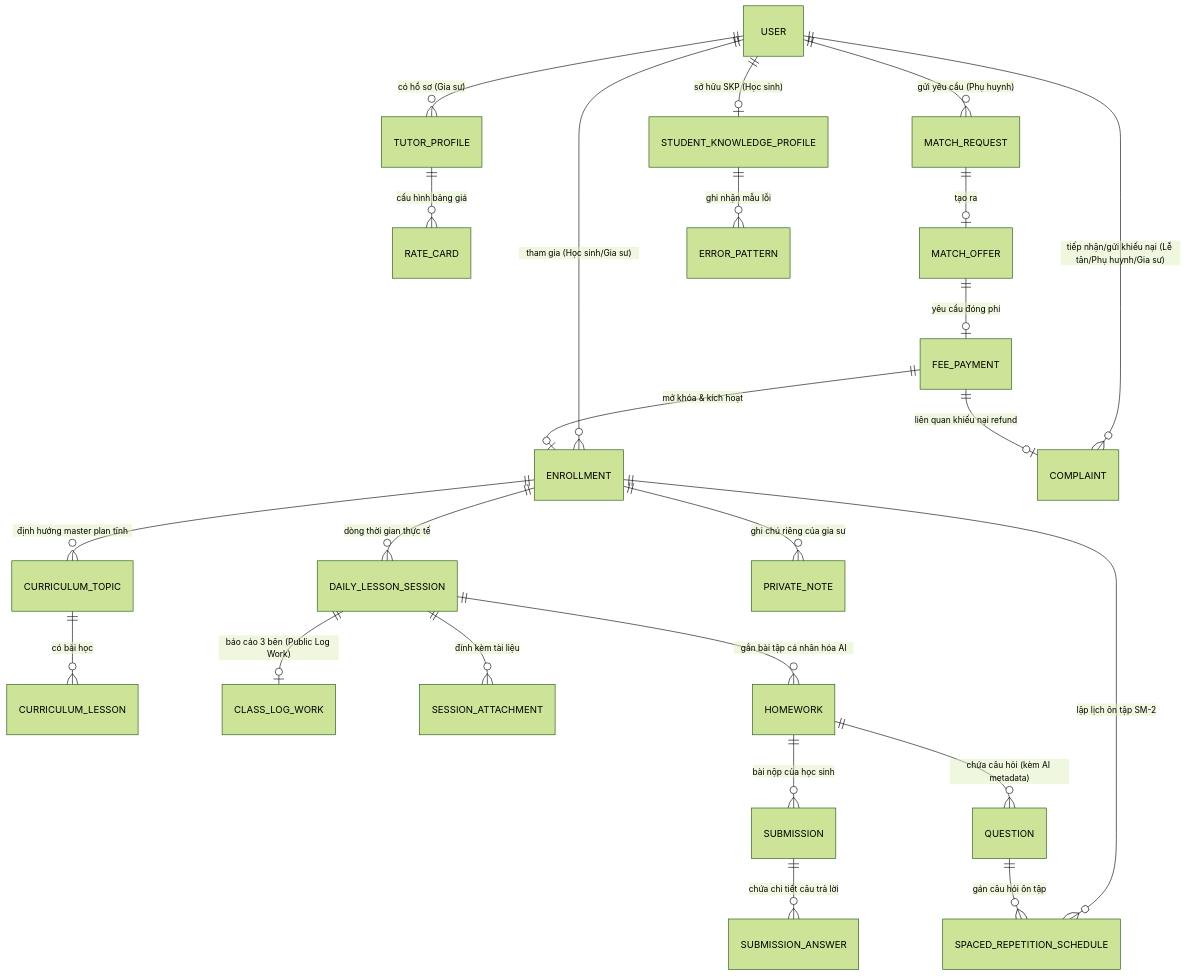
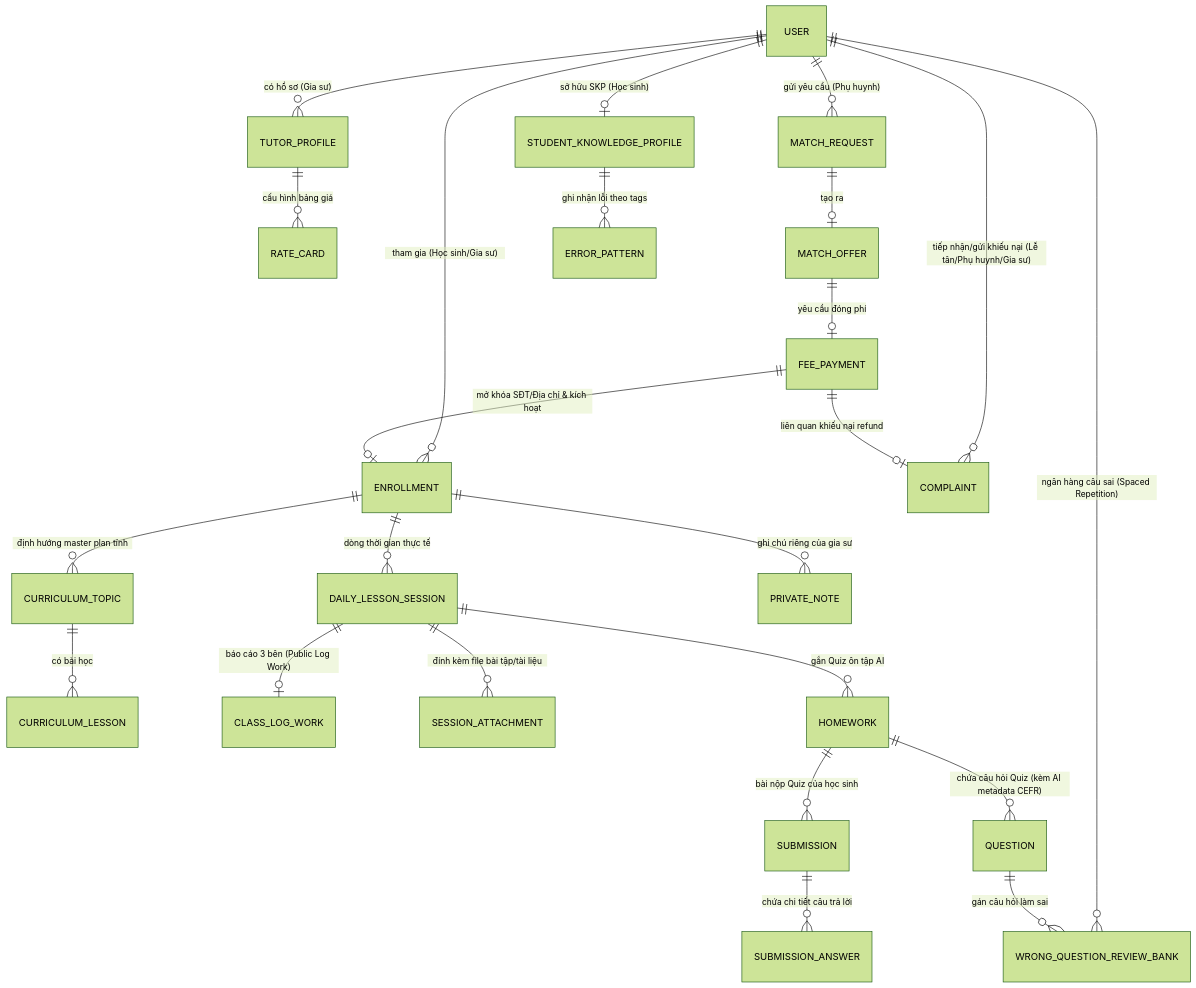
The third of 3 diagrams in _bmad-output/planning-artifacts/architecture/architecture-final_project-2026-09-07/ARCHITECTURE-SPINE.md (quangnguyenviet/English-tutor-platform-final-project-2026), drawn with Mermaid (forest theme) before and after one commit. The commit also changed other lines of this file and 12 other files, not shown here.

````diff
--- a/_bmad-output/planning-artifacts/architecture/architecture-final_project-2026-09-07/ARCHITECTURE-SPINE.md
+++ b/_bmad-output/planning-artifacts/architecture/architecture-final_project-2026-09-07/ARCHITECTURE-SPINE.md
@@ -260,31 +264,31 @@
 ```mermaid
 erDiagram
     USER ||--o{ MATCH_REQUEST : "gửi yêu cầu (Phụ huynh)"
     USER ||--o{ TUTOR_PROFILE : "có hồ sơ (Gia sư)"
     USER ||--o{ ENROLLMENT : "tham gia (Học sinh/Gia sư)"
     USER ||--o{ COMPLAINT : "tiếp nhận/gửi khiếu nại (Lễ tân/Phụ huynh/Gia sư)"
     
     TUTOR_PROFILE ||--o{ RATE_CARD : "cấu hình bảng giá"
     MATCH_REQUEST ||--o| MATCH_OFFER : "tạo ra"
     MATCH_OFFER ||--o| FEE_PAYMENT : "yêu cầu đóng phí"
-    FEE_PAYMENT ||--o| ENROLLMENT : "mở khóa & kích hoạt"
+    FEE_PAYMENT ||--o| ENROLLMENT : "mở khóa SĐT/Địa chỉ & kích hoạt"
     FEE_PAYMENT ||--o| COMPLAINT : "liên quan khiếu nại refund"
     
     ENROLLMENT ||--o{ CURRICULUM_TOPIC : "định hướng master plan tĩnh"
     CURRICULUM_TOPIC ||--o{ CURRICULUM_LESSON : "có bài học"
     
     ENROLLMENT ||--o{ DAILY_LESSON_SESSION : "dòng thời gian thực tế"
     DAILY_LESSON_SESSION ||--o| CLASS_LOG_WORK : "báo cáo 3 bên (Public Log Work)"
-    DAILY_LESSON_SESSION ||--o{ SESSION_ATTACHMENT : "đính kèm tài liệu"
-    DAILY_LESSON_SESSION ||--o{ HOMEWORK : "gắn bài tập cá nhân hóa AI"
+    DAILY_LESSON_SESSION ||--o{ SESSION_ATTACHMENT : "đính kèm file bài tập/tài liệu"
+    DAILY_LESSON_SESSION ||--o{ HOMEWORK : "gắn Quiz ôn tập AI"
     
-    HOMEWORK ||--o{ QUESTION : "chứa câu hỏi (kèm AI metadata)"
-    HOMEWORK ||--o{ SUBMISSION : "bài nộp của học sinh"
+    HOMEWORK ||--o{ QUESTION : "chứa câu hỏi Quiz (kèm AI metadata CEFR)"
+    HOMEWORK ||--o{ SUBMISSION : "bài nộp Quiz của học sinh"
     SUBMISSION ||--o{ SUBMISSION_ANSWER : "chứa chi tiết câu trả lời"
     ENROLLMENT ||--o{ PRIVATE_NOTE : "ghi chú riêng của gia sư"
 
     USER ||--o| STUDENT_KNOWLEDGE_PROFILE : "sở hữu SKP (Học sinh)"
-    STUDENT_KNOWLEDGE_PROFILE ||--o{ ERROR_PATTERN : "ghi nhận mẫu lỗi"
-    ENROLLMENT ||--o{ SPACED_REPETITION_SCHEDULE : "lập lịch ôn tập SM-2"
-    QUESTION ||--o{ SPACED_REPETITION_SCHEDULE : "gán câu hỏi ôn tập"
+    STUDENT_KNOWLEDGE_PROFILE ||--o{ ERROR_PATTERN : "ghi nhận lỗi theo tags"
+    USER ||--o{ WRONG_QUESTION_REVIEW_BANK : "ngân hàng câu sai (Spaced Repetition)"
+    QUESTION ||--o{ WRONG_QUESTION_REVIEW_BANK : "gán câu hỏi làm sai"
 ```
````
